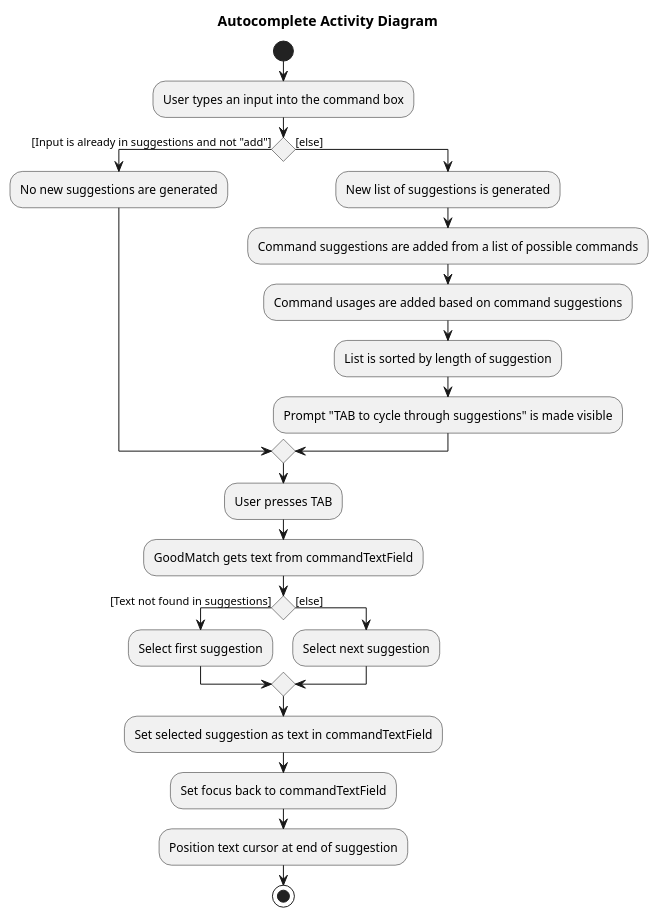
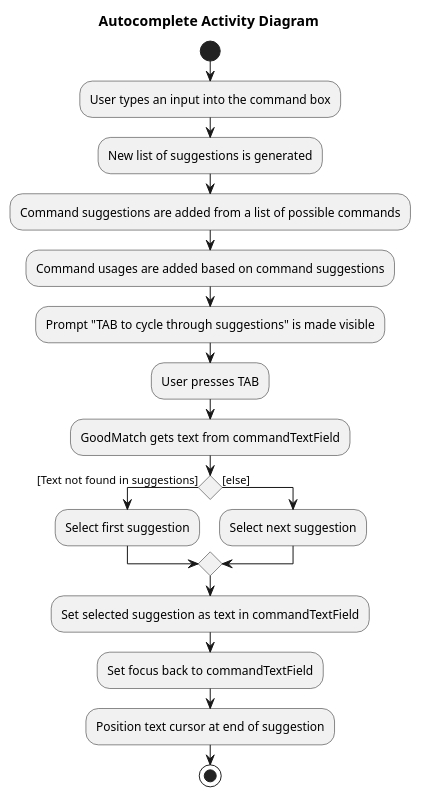
One commit to nus-cs2103-AY2223S2/tp changed the diagram in docs/diagrams/AutocompleteActivityDiagram.puml. Above: the diagram before and after it, drawn with PlantUML.

Commit message:
Updated puml for AutocompleteActivityDiagram

```diff
--- a/docs/diagrams/AutocompleteActivityDiagram.puml
+++ b/docs/diagrams/AutocompleteActivityDiagram.puml
@@ -1,26 +1,21 @@
 @startuml
 title Autocomplete Activity Diagram
 
 start
 :User types an input into the command box;
-if () then ([Input is already in suggestions and not "add"])
-  :No new suggestions are generated;
-else ([else])
-  :New list of suggestions is generated;
-  :Command suggestions are added from a list of possible commands;
-  :Command usages are added based on command suggestions;
-  :List is sorted by length of suggestion;
-  :Prompt "TAB to cycle through suggestions" is made visible;
-endif
+:New list of suggestions is generated;
+:Command suggestions are added from a list of possible commands;
+:Command usages are added based on command suggestions;
+:Prompt "TAB to cycle through suggestions" is made visible;
 :User presses TAB;
 :GoodMatch gets text from commandTextField;
 if () then ([Text not found in suggestions])
   :Select first suggestion;
 else ([else])
   :Select next suggestion;
 endif
 :Set selected suggestion as text in commandTextField;
 :Set focus back to commandTextField;
 :Position text cursor at end of suggestion;
 stop
 @enduml
```
